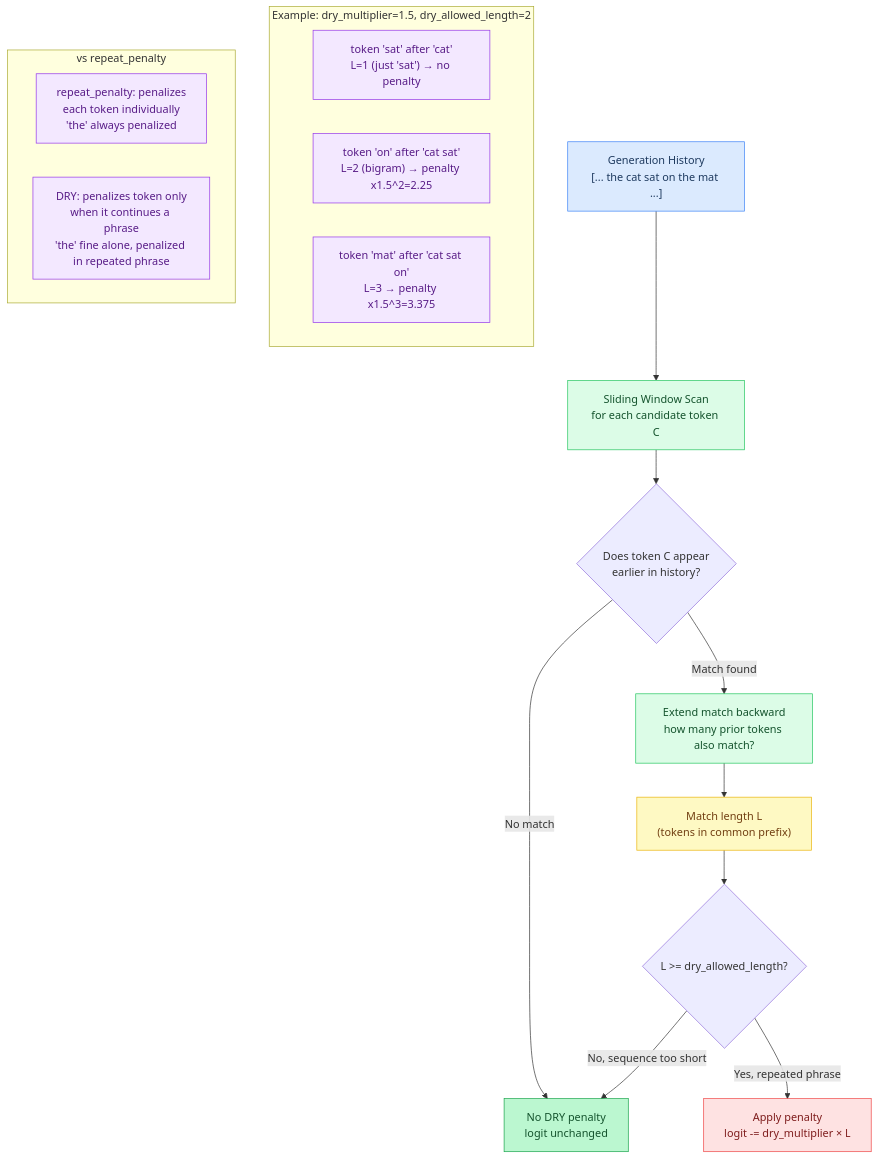
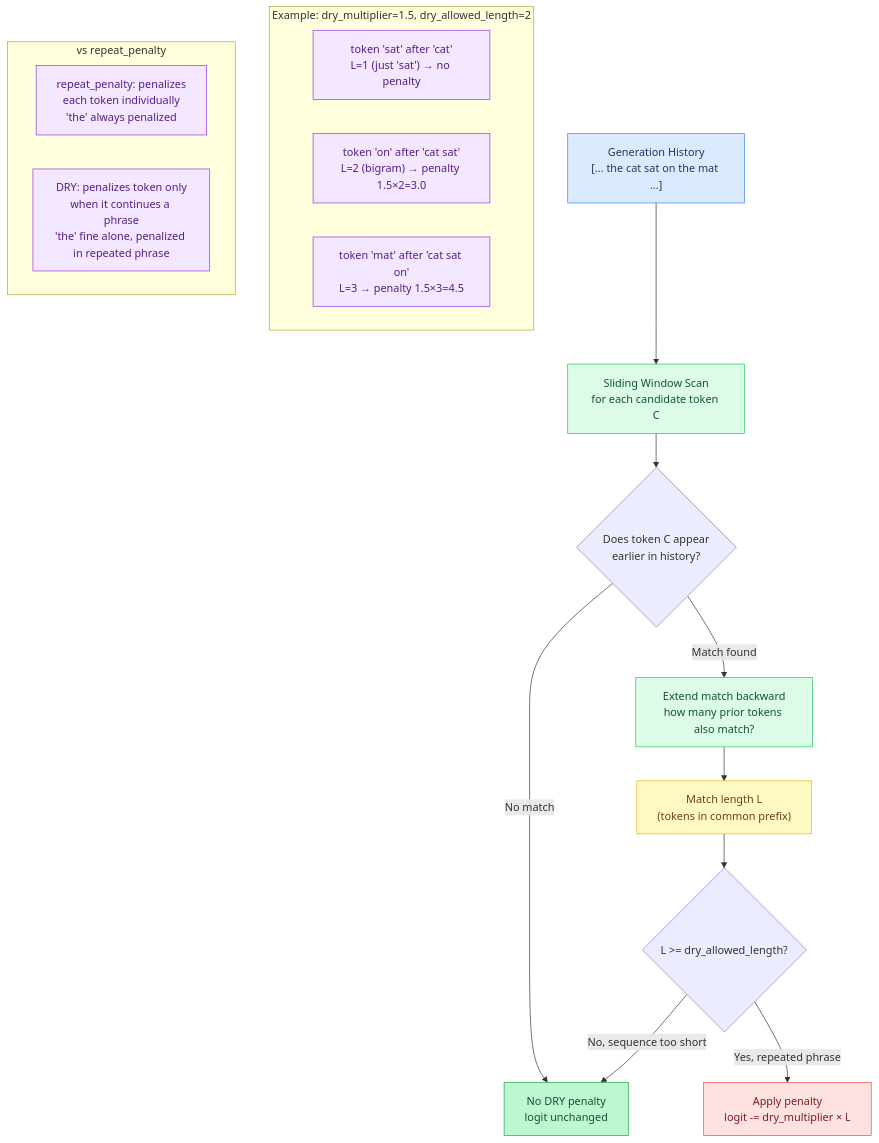
The third of 7 diagrams in docs/tutorial/07-sampling.md (maci0/agave), drawn with Mermaid before and after one commit. The commit also changed other lines of this file and 28 other files, not shown here.

````diff
--- a/docs/tutorial/07-sampling.md
+++ b/docs/tutorial/07-sampling.md
@@ -198,41 +198,41 @@
 ```mermaid
 flowchart TD
     classDef setup     fill:#dbeafe,stroke:#3b82f6,color:#1e3a5f
     classDef sync      fill:#dcfce7,stroke:#22c55e,color:#14532d
     classDef migration fill:#fef9c3,stroke:#eab308,color:#713f12
     classDef success   fill:#bbf7d0,stroke:#16a34a,color:#14532d
     classDef danger    fill:#fee2e2,stroke:#ef4444,color:#7f1d1d
     classDef optional  fill:#f3e8ff,stroke:#9333ea,color:#581c87
 
     History["Generation History\n[... the cat sat on the mat ...]"]:::setup
     Window["Sliding Window Scan\nfor each candidate token C"]:::sync
     NoPenalty["No DRY penalty\nlogit unchanged"]:::success
     Extend["Extend match backward\nhow many prior tokens also match?"]:::sync
     Length["Match length L\n(tokens in common prefix)"]:::migration
     Penalty["Apply penalty\nlogit -= dry_multiplier × L"]:::danger
     Ex1["token 'sat' after 'cat'\nL=1 (just 'sat') → no penalty"]:::optional
-    Ex2["token 'on' after 'cat sat'\nL=2 (bigram) → penalty x1.5^2=2.25"]:::optional
-    Ex3["token 'mat' after 'cat sat on'\nL=3 → penalty x1.5^3=3.375"]:::optional
+    Ex2["token 'on' after 'cat sat'\nL=2 (bigram) → penalty 1.5×2=3.0"]:::optional
+    Ex3["token 'mat' after 'cat sat on'\nL=3 → penalty 1.5×3=4.5"]:::optional
     RP["repeat_penalty: penalizes\neach token individually\n'the' always penalized"]:::optional
     DRY2["DRY: penalizes token only\nwhen it continues a phrase\n'the' fine alone, penalized in repeated phrase"]:::optional
 
     History --> Window
     Window --> Match{"Does token C appear\nearlier in history?"}
     Match -->|No match| NoPenalty
     Match -->|Match found| Extend
     Extend --> Length
     Length --> Allowed{"L >= dry_allowed_length?"}
     Allowed -->|No, sequence too short| NoPenalty
     Allowed -->|Yes, repeated phrase| Penalty
 
     subgraph Example["Example: dry_multiplier=1.5, dry_allowed_length=2"]
         Ex1
         Ex2
         Ex3
     end
 
     subgraph Contrast["vs repeat_penalty"]
         RP
         DRY2
     end
 ```
````
